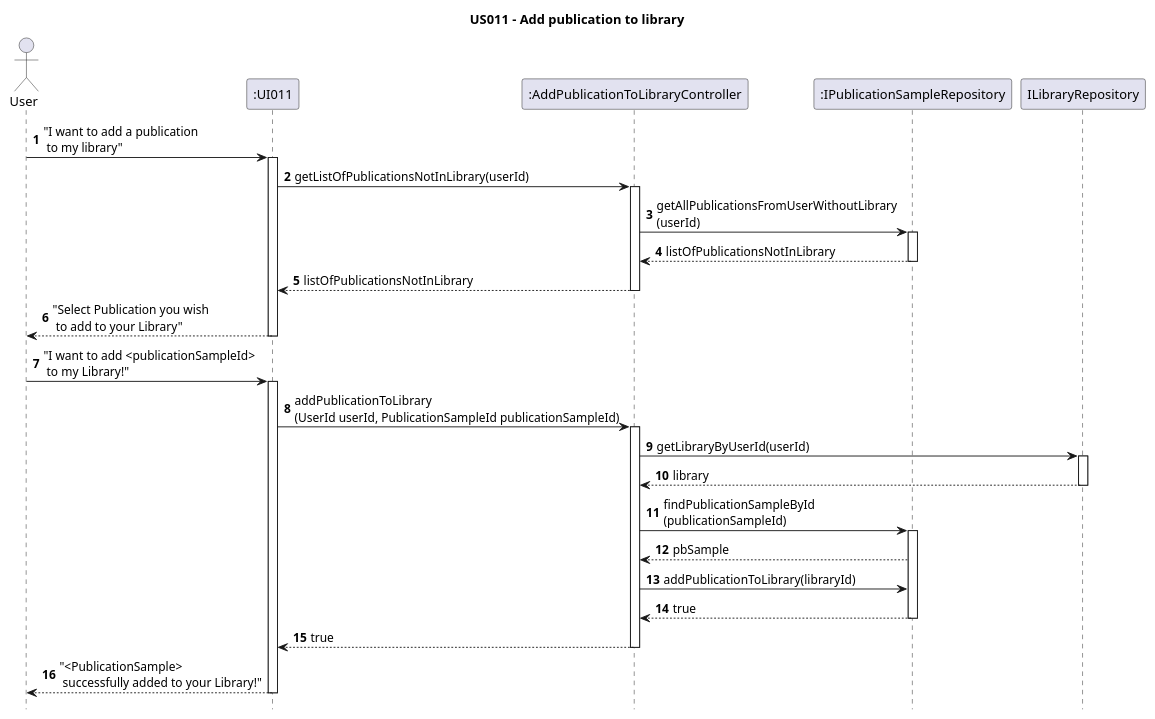
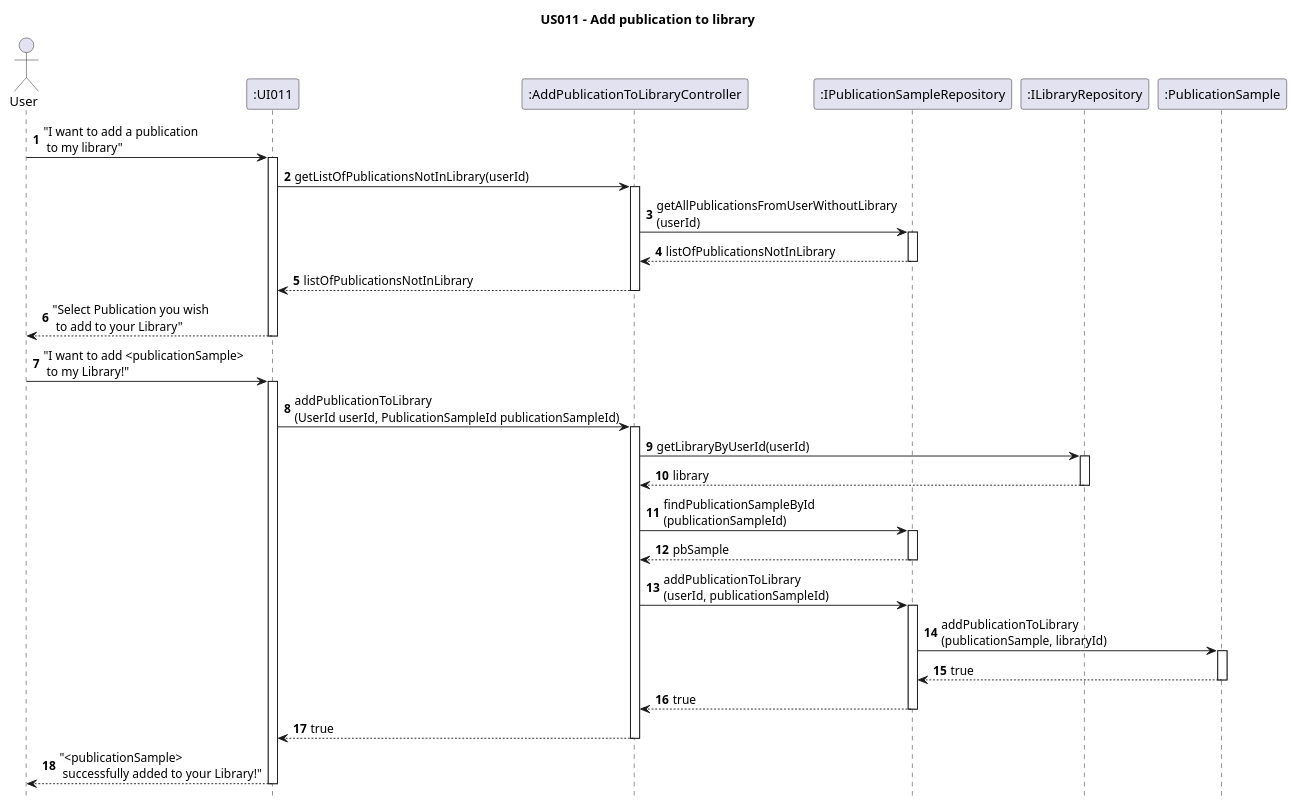
One commit to AndrePereiraGitH/SWitCH-Project-Team_A changed the diagram in Diagrams/SequenceDiagrams/N2/US011-to-add-a-publication-To-Library.puml. Above: the diagram before and after it, drawn with PlantUML. The commit also changed 1 other file, not shown here.

```diff
--- a/Diagrams/SequenceDiagrams/N2/US011-to-add-a-publication-To-Library.puml
+++ b/Diagrams/SequenceDiagrams/N2/US011-to-add-a-publication-To-Library.puml
@@ -1,53 +1,61 @@
 @startuml
 autonumber
 hide footbox
 title US011 - Add publication to library
 
 
 
 actor "User" as User
 participant ":UI011" as UI
 
 participant ":AddPublicationToLibraryController" as Ctrl
 
 participant ":IPublicationSampleRepository" as PubRepo
 
-participant "ILibraryRepository" as LibDomain
+participant ":ILibraryRepository" as LibDomain
+
+participant ":PublicationSample" as PublicationSample
 
 
 autonumber
 
 User -> UI : "I want to add a publication\n to my library"
 activate UI
 UI -> Ctrl : getListOfPublicationsNotInLibrary(userId)
 activate Ctrl
 
 Ctrl -> PubRepo: getAllPublicationsFromUserWithoutLibrary\n(userId)
 activate PubRepo
 PubRepo --> Ctrl: listOfPublicationsNotInLibrary
 deactivate PubRepo
 Ctrl --> UI: listOfPublicationsNotInLibrary
 deactivate Ctrl
 UI --> User: "Select Publication you wish\n to add to your Library"
 deactivate UI
 
-User -> UI: "I want to add <publicationSampleId>\n to my Library!"
+User -> UI: "I want to add <publicationSample>\n to my Library!"
 activate UI
 UI -> Ctrl: addPublicationToLibrary\n(UserId userId, PublicationSampleId publicationSampleId)
 activate Ctrl
 Ctrl -> LibDomain: getLibraryByUserId(userId)
 activate LibDomain
 LibDomain --> Ctrl: library
 deactivate LibDomain
 Ctrl -> PubRepo: findPublicationSampleById\n(publicationSampleId)
 activate PubRepo
 PubRepo --> Ctrl: pbSample
-Ctrl -> PubRepo: addPublicationToLibrary(libraryId)
+deactivate PubRepo
+Ctrl -> PubRepo: addPublicationToLibrary\n(userId, publicationSampleId)
+activate PubRepo
+PubRepo -> PublicationSample: addPublicationToLibrary\n(publicationSample, libraryId)
+activate PublicationSample
+PublicationSample --> PubRepo: true
+deactivate PublicationSample
 PubRepo --> Ctrl: true
 deactivate PubRepo
 Ctrl --> UI: true
 deactivate Ctrl
-UI --> User: "<PublicationSample>\n successfully added to your Library!"
+UI --> User: "<publicationSample>\n successfully added to your Library!"
 deactivate UI
 
 @enduml
```
